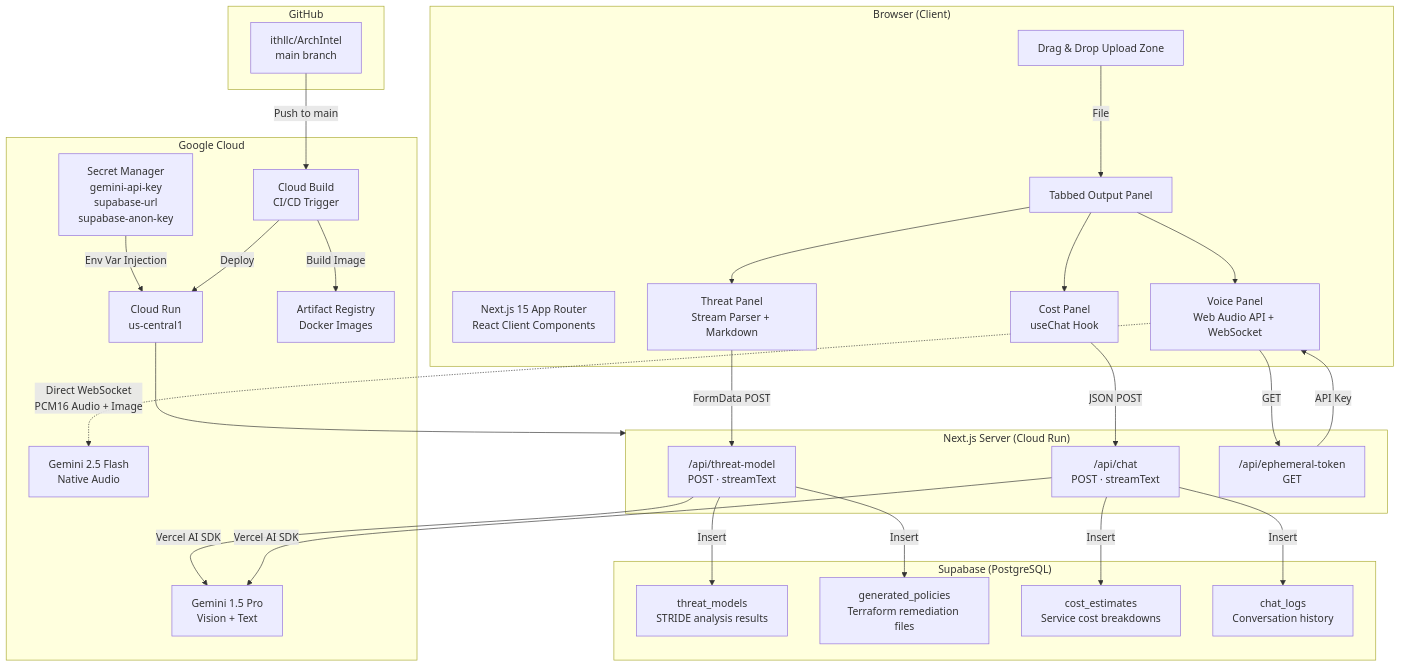
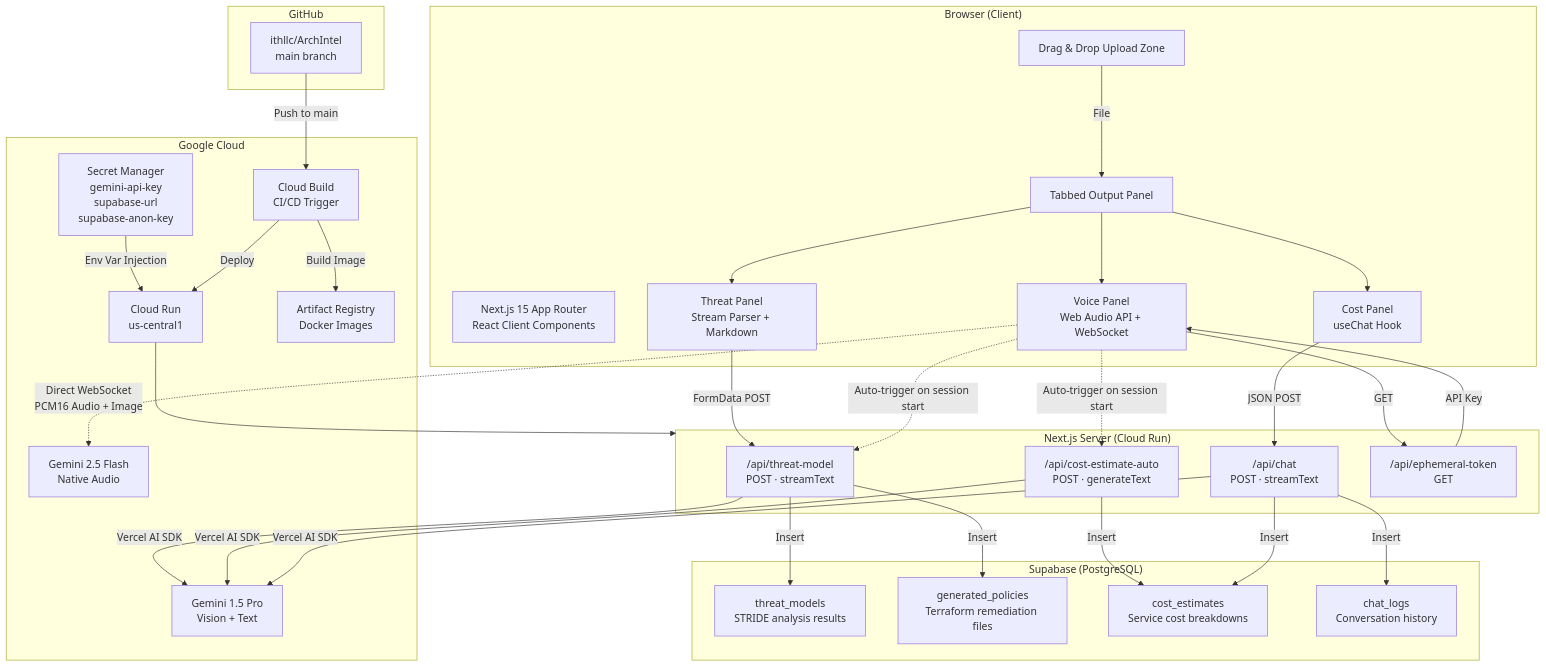
The first of 8 diagrams in docs/architecture/system-architecture.md (ithllc/ArchIntel), drawn with Mermaid before and after one commit. The commit also changed other lines of this file and 15 other files, not shown here.

First line of the commit message:
Fix Issue #6: Replace revoked API key + switch to gemini-2.5-flash

````diff
--- a/docs/architecture/system-architecture.md
+++ b/docs/architecture/system-architecture.md
@@ -19,64 +19,69 @@
 ```mermaid
 graph TB
     subgraph Client["Browser (Client)"]
         UI[Next.js 15 App Router<br/>React Client Components]
         Upload[Drag & Drop Upload Zone]
         Tabs[Tabbed Output Panel]
         VoiceClient[Voice Panel<br/>Web Audio API + WebSocket]
         ThreatClient[Threat Panel<br/>Stream Parser + Markdown]
         CostClient[Cost Panel<br/>useChat Hook]
     end
 
     subgraph Server["Next.js Server (Cloud Run)"]
         ThreatAPI["/api/threat-model<br/>POST · streamText"]
+        CostAutoAPI["/api/cost-estimate-auto<br/>POST · generateText"]
         ChatAPI["/api/chat<br/>POST · streamText"]
         TokenAPI["/api/ephemeral-token<br/>GET"]
     end
 
     subgraph Google["Google Cloud"]
         SecretMgr[Secret Manager<br/>gemini-api-key<br/>supabase-url<br/>supabase-anon-key]
         Gemini15[Gemini 1.5 Pro<br/>Vision + Text]
         GeminiFlash[Gemini 2.5 Flash<br/>Native Audio]
         CloudRun[Cloud Run<br/>us-central1]
         AR[Artifact Registry<br/>Docker Images]
         CloudBuild[Cloud Build<br/>CI/CD Trigger]
     end
 
     subgraph Supabase["Supabase (PostgreSQL)"]
         ThreatTable[threat_models<br/>STRIDE analysis results]
         PolicyTable[generated_policies<br/>Terraform remediation files]
         CostTable[cost_estimates<br/>Service cost breakdowns]
         ChatTable[chat_logs<br/>Conversation history]
     end
 
     subgraph GitHub["GitHub"]
         Repo[ithllc/ArchIntel<br/>main branch]
     end
 
     Upload -->|File| Tabs
     Tabs --> VoiceClient
     Tabs --> ThreatClient
     Tabs --> CostClient
 
     ThreatClient -->|FormData POST| ThreatAPI
     CostClient -->|JSON POST| ChatAPI
     VoiceClient -->|GET| TokenAPI
+    VoiceClient -.->|Auto-trigger on session start| ThreatAPI
+    VoiceClient -.->|Auto-trigger on session start| CostAutoAPI
 
     ThreatAPI -->|Vercel AI SDK| Gemini15
+    CostAutoAPI -->|Vercel AI SDK| Gemini15
     ChatAPI -->|Vercel AI SDK| Gemini15
     TokenAPI -->|API Key| VoiceClient
 
     ThreatAPI -->|Insert| ThreatTable
     ThreatAPI -->|Insert| PolicyTable
+    CostAutoAPI -->|Insert| CostTable
     ChatAPI -->|Insert| CostTable
     ChatAPI -->|Insert| ChatTable
 
     VoiceClient -.->|Direct WebSocket<br/>PCM16 Audio + Image| GeminiFlash
 
     SecretMgr -->|Env Var Injection| CloudRun
     CloudRun --> Server
 
     Repo -->|Push to main| CloudBuild
     CloudBuild -->|Build Image| AR
     CloudBuild -->|Deploy| CloudRun
 ```
````
